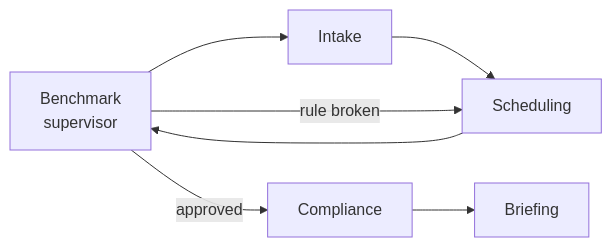
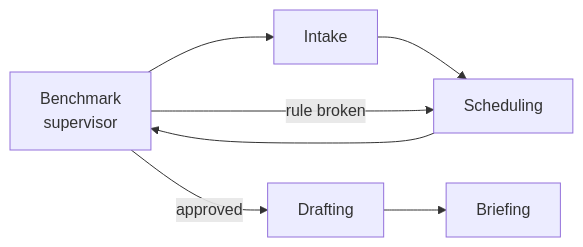
The first of 2 diagrams in README.md (saltylvn/benchmark-ai), drawn with Mermaid before and after one commit. The commit also changed other lines of this file and 67 other files, not shown here.

````diff
--- a/README.md
+++ b/README.md
@@ -26,9 +44,9 @@
 ```mermaid
 flowchart LR
   S[Benchmark<br/>supervisor] --> I[Intake]
   I --> P[Scheduling]
   P --> S
   S -->|rule broken| P
-  S -->|approved| C[Compliance]
-  C --> B[Briefing]
+  S -->|approved| D[Drafting]
+  D --> B[Briefing]
 ```
````
